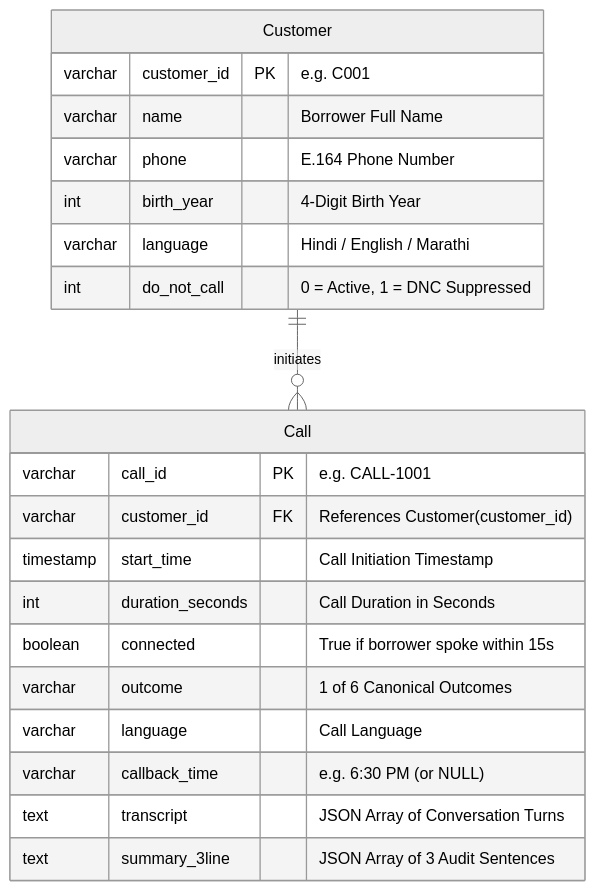
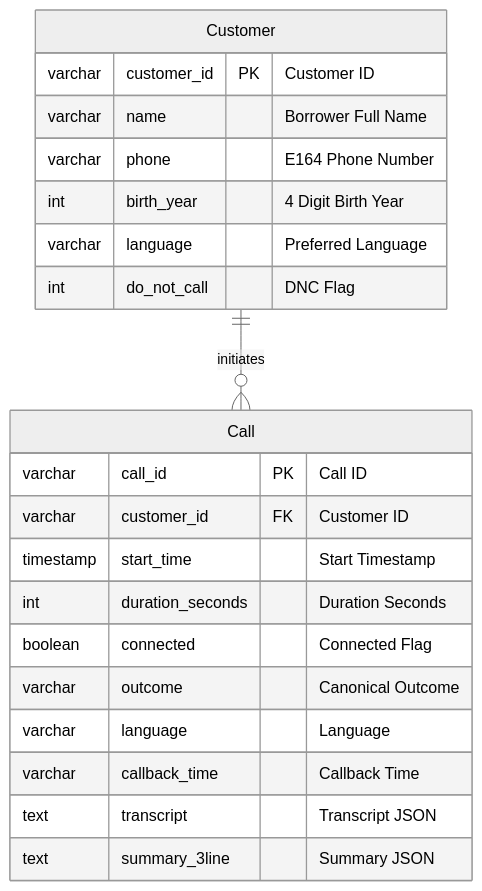
Before and after one commit to HIMpcgithub3000/Shahfin: the third of 3 diagrams in ARCHITECTURE_REVIEW.md, drawn with Mermaid (neutral theme). The commit also changed other lines of this file and 1 other file, not shown here.

Commit message:
fix(docs): quote node labels and edge texts in Mermaid diagrams to fix GitHub parser syntax error

````diff
--- a/ARCHITECTURE_REVIEW.md
+++ b/ARCHITECTURE_REVIEW.md
@@ -144,24 +144,24 @@
 ```mermaid
 erDiagram
     Customer ||--o{ Call : "initiates"
     Customer {
-        varchar customer_id PK "e.g. C001"
+        varchar customer_id PK "Customer ID"
         varchar name "Borrower Full Name"
-        varchar phone "E.164 Phone Number"
-        int birth_year "4-Digit Birth Year"
-        varchar language "Hindi / English / Marathi"
-        int do_not_call "0 = Active, 1 = DNC Suppressed"
+        varchar phone "E164 Phone Number"
+        int birth_year "4 Digit Birth Year"
+        varchar language "Preferred Language"
+        int do_not_call "DNC Flag"
     }
     Call {
-        varchar call_id PK "e.g. CALL-1001"
-        varchar customer_id FK "References Customer(customer_id)"
-        timestamp start_time "Call Initiation Timestamp"
-        int duration_seconds "Call Duration in Seconds"
-        boolean connected "True if borrower spoke within 15s"
-        varchar outcome "1 of 6 Canonical Outcomes"
-        varchar language "Call Language"
-        varchar callback_time "e.g. 6:30 PM (or NULL)"
-        text transcript "JSON Array of Conversation Turns"
-        text summary_3line "JSON Array of 3 Audit Sentences"
+        varchar call_id PK "Call ID"
+        varchar customer_id FK "Customer ID"
+        timestamp start_time "Start Timestamp"
+        int duration_seconds "Duration Seconds"
+        boolean connected "Connected Flag"
+        varchar outcome "Canonical Outcome"
+        varchar language "Language"
+        varchar callback_time "Callback Time"
+        text transcript "Transcript JSON"
+        text summary_3line "Summary JSON"
     }
 ```
````
